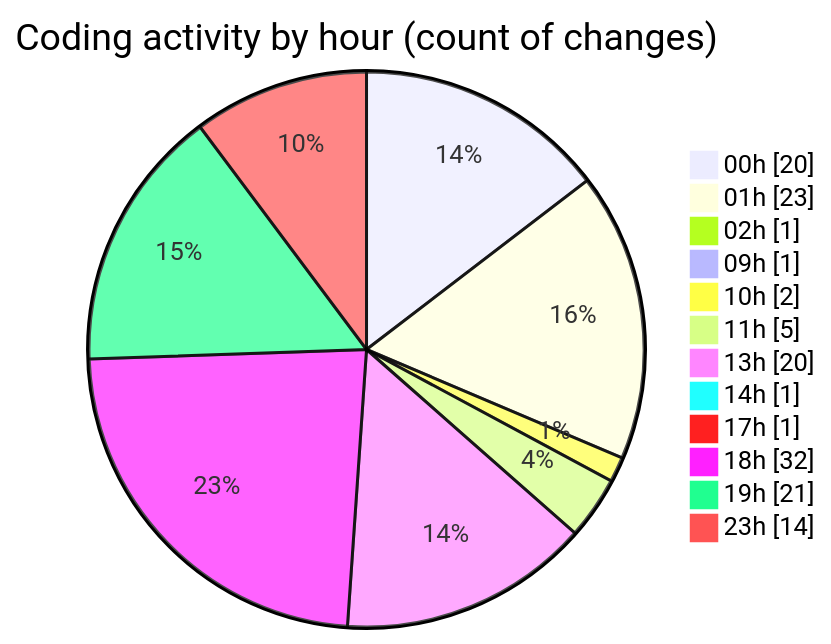
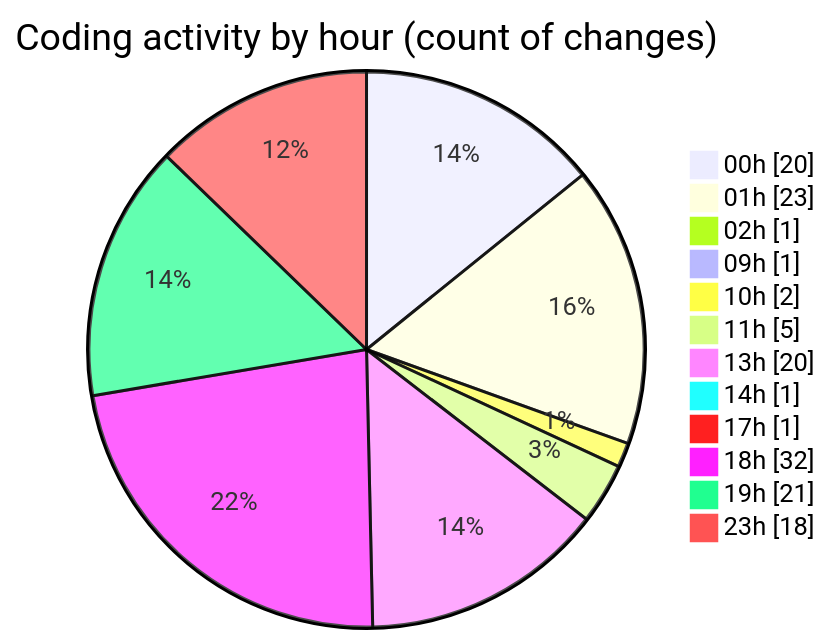
Before and after one commit to julien-gomy/code-tracking: the second of 2 diagrams in 2025-10-16/eventscop-frontend-guide__workspace_/README.md, drawn with Mermaid. The commit also changed other lines of this file and 1 other file, not shown here.

````diff
--- a/2025-10-16/eventscop-frontend-guide__workspace_/README.md
+++ b/2025-10-16/eventscop-frontend-guide__workspace_/README.md
@@ -66,16 +66,16 @@
 ```mermaid
 pie showData
 title Coding activity by hour (count of changes)
 "00h" : 20
 "01h" : 23
 "02h" : 1
 "09h" : 1
 "10h" : 2
 "11h" : 5
 "13h" : 20
 "14h" : 1
 "17h" : 1
 "18h" : 32
 "19h" : 21
-"23h" : 14
+"23h" : 18
 ```
````
